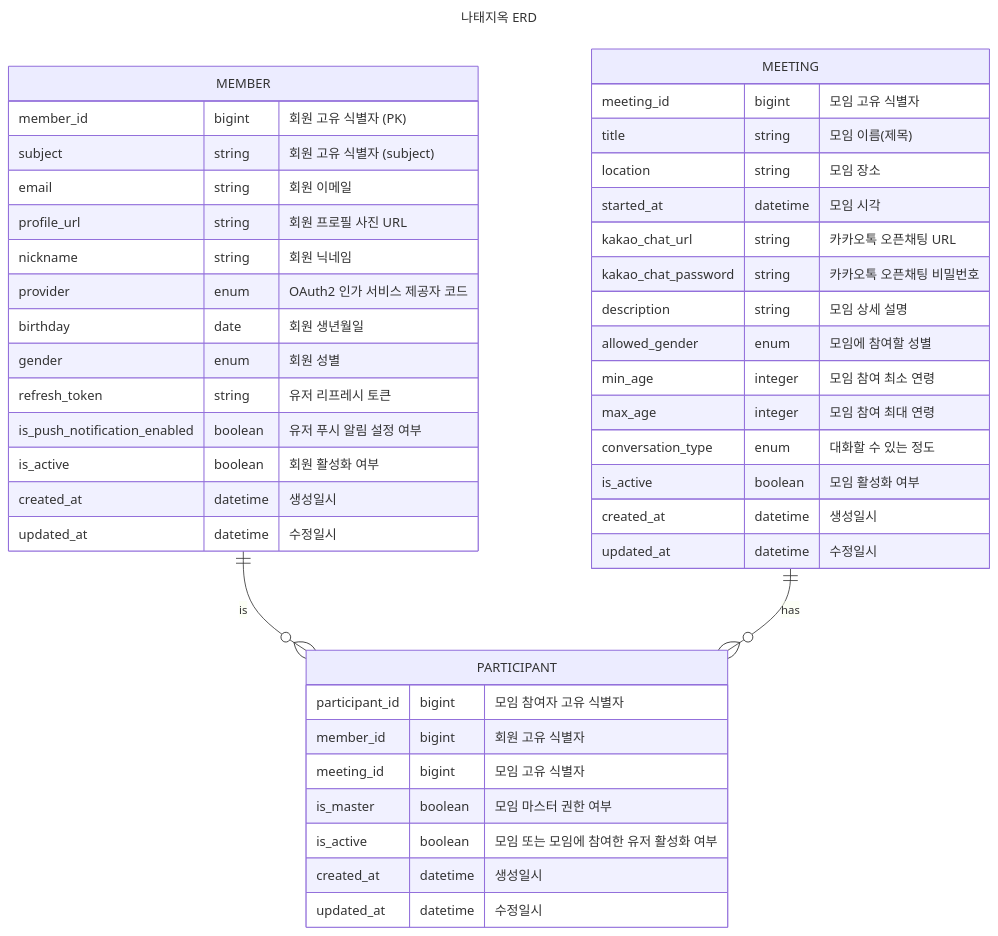
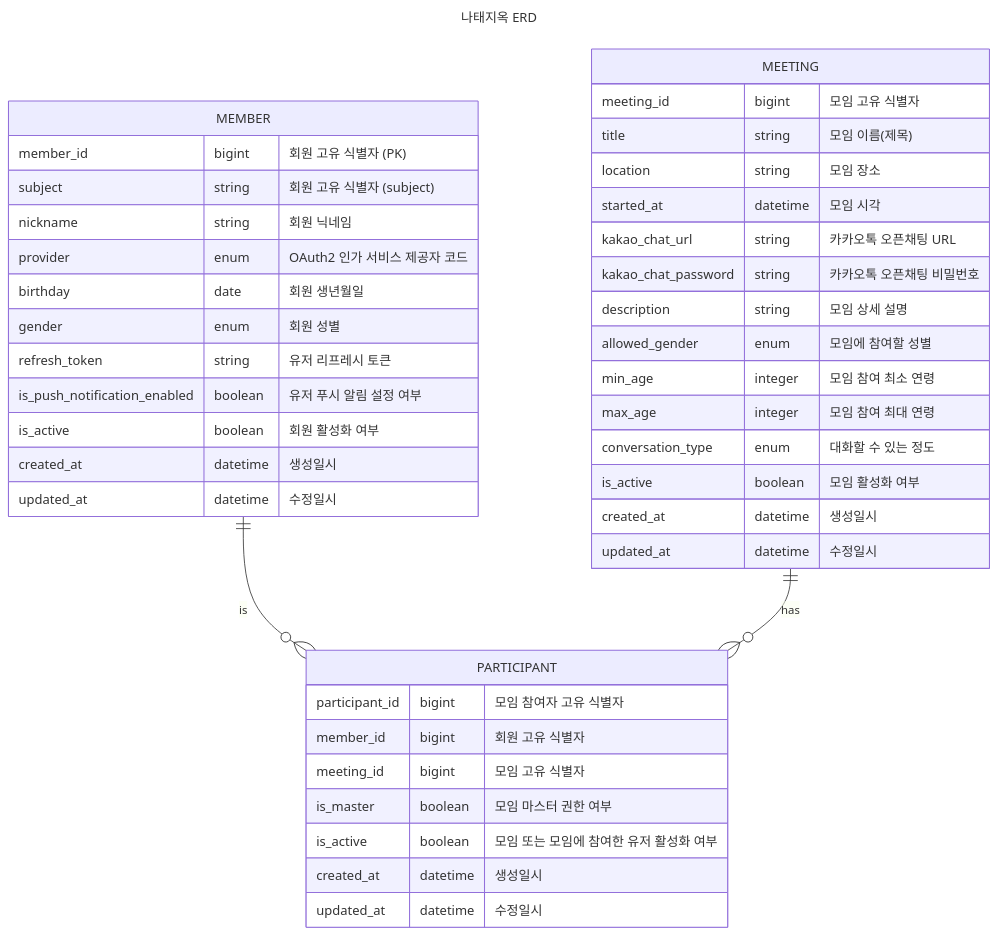
The diagram in README.md (sloth-hell/sloth-hell-api), drawn with Mermaid before and after one commit.

Commit message:
Update README.md
* member 테이블 칼럼 삭제로 인한 README ERD 업데이트

````diff
--- a/README.md
+++ b/README.md
@@ -5,48 +5,46 @@
 ```mermaid
 ---
 title: 나태지옥 ERD
 ---
 erDiagram
     MEMBER ||--o{ PARTICIPANT : is
     MEMBER {
         member_id bigint "회원 고유 식별자 (PK)"
         subject string "회원 고유 식별자 (subject)"
-        email string "회원 이메일"
-        profile_url string "회원 프로필 사진 URL"
         nickname string "회원 닉네임"
         provider enum "OAuth2 인가 서비스 제공자 코드"
         birthday date "회원 생년월일"
         gender enum "회원 성별"
         refresh_token string "유저 리프레시 토큰"
         is_push_notification_enabled boolean "유저 푸시 알림 설정 여부"
         is_active boolean "회원 활성화 여부"
         created_at datetime "생성일시"
         updated_at datetime "수정일시"
     }
     MEETING ||--o{ PARTICIPANT : has
     MEETING {
         meeting_id bigint "모임 고유 식별자"
         title string "모임 이름(제목)"
         location string "모임 장소"
         started_at datetime "모임 시각"
         kakao_chat_url string "카카오톡 오픈채팅 URL"
         kakao_chat_password string "카카오톡 오픈채팅 비밀번호"
         description string "모임 상세 설명"
         allowed_gender enum "모임에 참여할 성별"
         min_age integer "모임 참여 최소 연령"
         max_age integer "모임 참여 최대 연령"
         conversation_type enum "대화할 수 있는 정도"
         is_active boolean "모임 활성화 여부"
         created_at datetime "생성일시"
         updated_at datetime "수정일시"
     }
     PARTICIPANT {
         participant_id bigint "모임 참여자 고유 식별자"
         member_id bigint "회원 고유 식별자"
         meeting_id bigint "모임 고유 식별자"
         is_master boolean "모임 마스터 권한 여부"
         is_active boolean "모임 또는 모임에 참여한 유저 활성화 여부"
         created_at datetime "생성일시"
         updated_at datetime "수정일시"
     }
 ```
````
